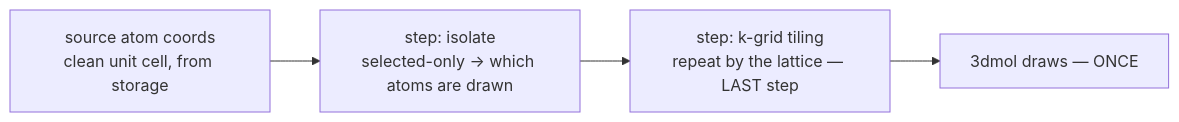
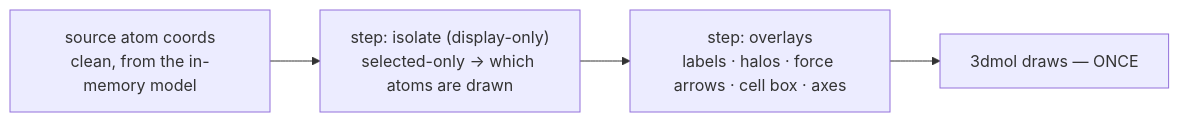
The second of 10 diagrams in docs/protocols/molview-module.md (Qing-LAB/molbuilder), drawn with Mermaid before and after one commit. The commit also changed other lines of this file and 27 other files, not shown here.

````diff
--- a/docs/protocols/molview-module.md
+++ b/docs/protocols/molview-module.md
@@ -65,8 +67,8 @@
 ```mermaid
 flowchart LR
-    SRC["source atom coords<br/>clean unit cell, from storage"]
-    SEL["step: isolate<br/>selected-only → which atoms are drawn"]
-    KG["step: k-grid tiling<br/>repeat by the lattice — LAST step"]
+    SRC["source atom coords<br/>clean, from the in-memory model"]
+    ISO["step: isolate (display-only)<br/>selected-only → which atoms are drawn"]
+    OVL["step: overlays<br/>labels · halos · force arrows · cell box · axes"]
     DRAW["3dmol draws — ONCE"]
-    SRC --> SEL --> KG --> DRAW
+    SRC --> ISO --> OVL --> DRAW
 ```
````
